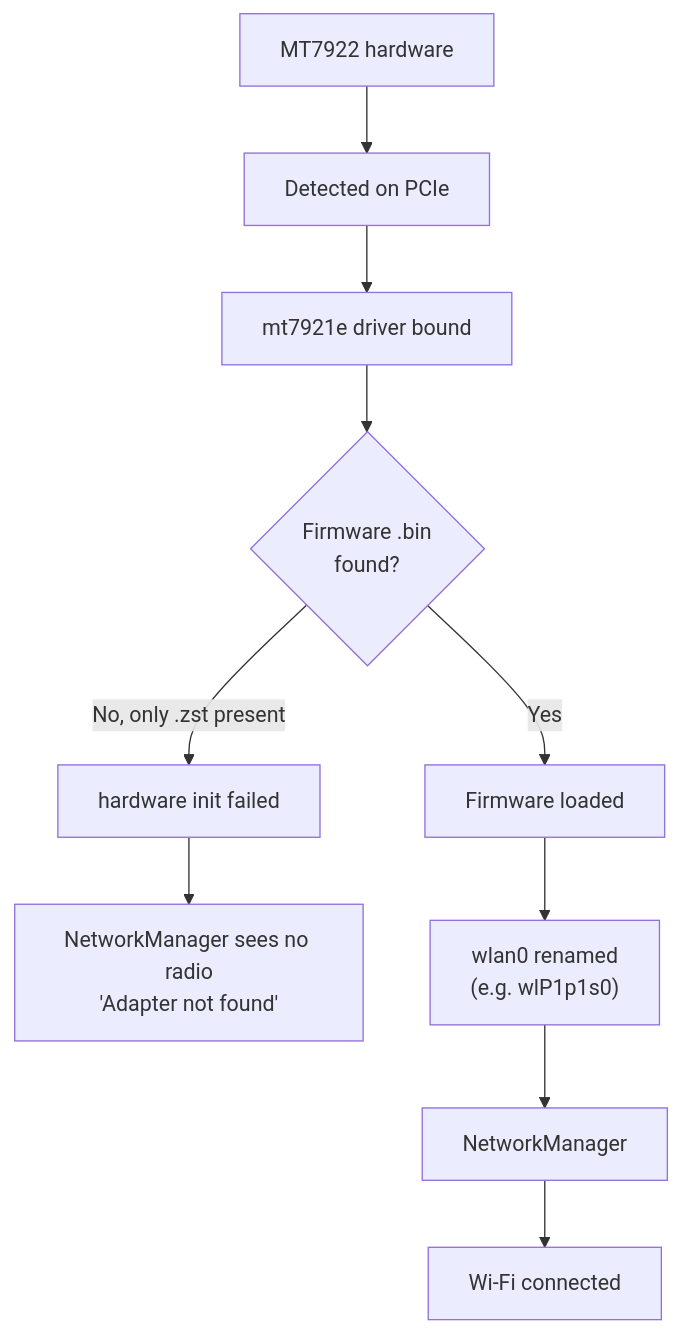
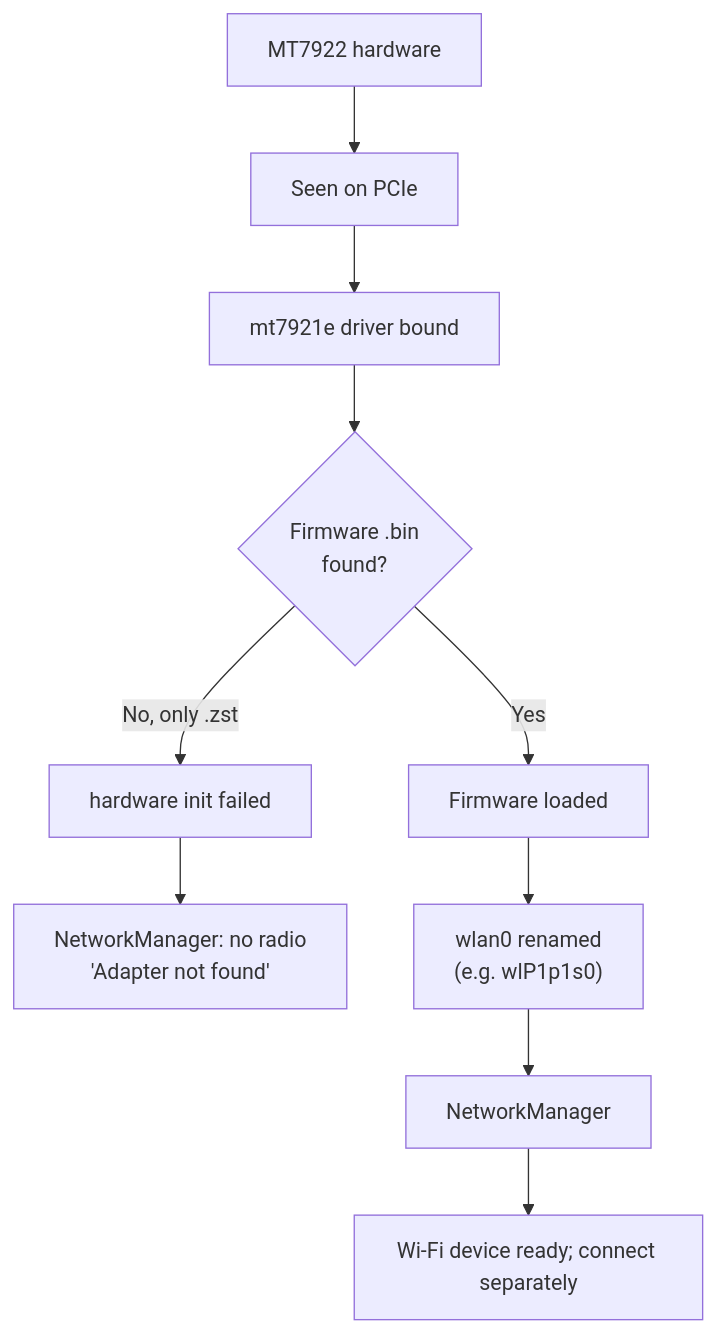
One commit to itbdelaboprogramming/msd700_documentation changed the diagram in docs/setup/wifi-mt7922.md. Above: the diagram before and after it, drawn with Mermaid. The commit also changed other lines of this file and 110 other files, not shown here.

````diff
--- a/docs/setup/wifi-mt7922.md
+++ b/docs/setup/wifi-mt7922.md
@@ -236,12 +183,12 @@
 ```mermaid
 flowchart TD
-  A["MT7922 hardware"] --> B["Detected on PCIe"]
+  A["MT7922 hardware"] --> B["Seen on PCIe"]
   B --> C["mt7921e driver bound"]
   C --> D{"Firmware .bin<br/>found?"}
-  D -->|"No, only .zst present"| E["hardware init failed"]
-  E --> F["NetworkManager sees no radio<br/>'Adapter not found'"]
+  D -->|"No, only .zst"| E["hardware init failed"]
+  E --> F["NetworkManager: no radio<br/>'Adapter not found'"]
   D -->|"Yes"| G["Firmware loaded"]
   G --> H["wlan0 renamed<br/>(e.g. wlP1p1s0)"]
   H --> I["NetworkManager"]
-  I --> J["Wi-Fi connected"]
+  I --> J["Wi-Fi device ready; connect separately"]
 ```
````
